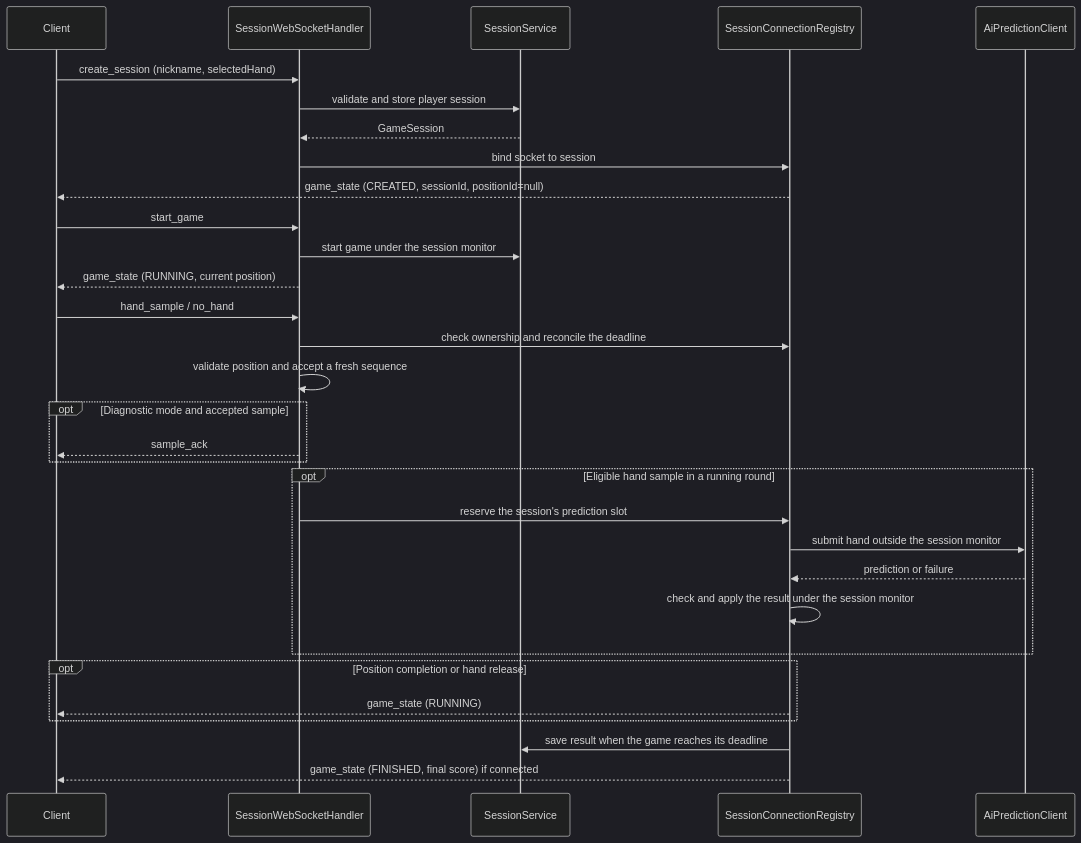
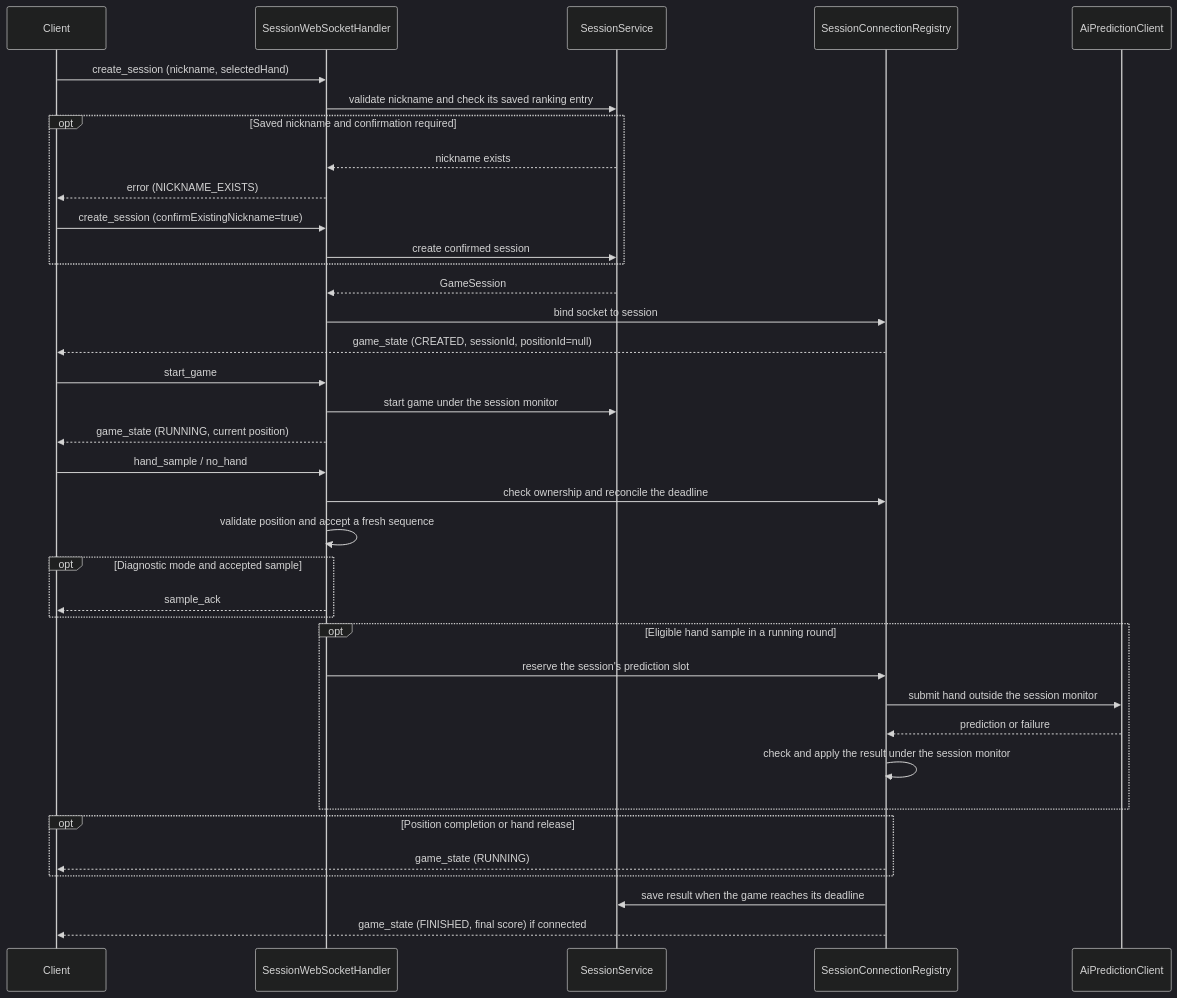
The first of 2 diagrams in docs/backend-architecture.md (PJATK-AI/SLLAPP-ScienceCom-2026), drawn with Mermaid (dark theme) before and after one commit. The commit also changed other lines of this file and 20 other files, not shown here.

Commit message:
feat: keep the best ranking score per nickname

````diff
--- a/docs/backend-architecture.md
+++ b/docs/backend-architecture.md
@@ -152,33 +155,39 @@
 ```mermaid
 sequenceDiagram
     participant Client
     participant WS as SessionWebSocketHandler
     participant Sessions as SessionService
     participant Connections as SessionConnectionRegistry
     participant AI as AiPredictionClient
     Client->>WS: create_session (nickname, selectedHand)
-    WS->>Sessions: validate and store player session
+    WS->>Sessions: validate nickname and check its saved ranking entry
+    opt Saved nickname and confirmation required
+        Sessions-->>WS: nickname exists
+        WS-->>Client: error (NICKNAME_EXISTS)
+        Client->>WS: create_session (confirmExistingNickname=true)
+        WS->>Sessions: create confirmed session
+    end
     Sessions-->>WS: GameSession
     WS->>Connections: bind socket to session
     Connections-->>Client: game_state (CREATED, sessionId, positionId=null)
     Client->>WS: start_game
     WS->>Sessions: start game under the session monitor
     WS-->>Client: game_state (RUNNING, current position)
     Client->>WS: hand_sample / no_hand
     WS->>Connections: check ownership and reconcile the deadline
     WS->>WS: validate position and accept a fresh sequence
     opt Diagnostic mode and accepted sample
         WS-->>Client: sample_ack
     end
     opt Eligible hand sample in a running round
         WS->>Connections: reserve the session's prediction slot
         Connections->>AI: submit hand outside the session monitor
         AI-->>Connections: prediction or failure
         Connections->>Connections: check and apply the result under the session monitor
     end
     opt Position completion or hand release
         Connections-->>Client: game_state (RUNNING)
     end
     Connections->>Sessions: save result when the game reaches its deadline
     Connections-->>Client: game_state (FINISHED, final score) if connected
 ```
````
